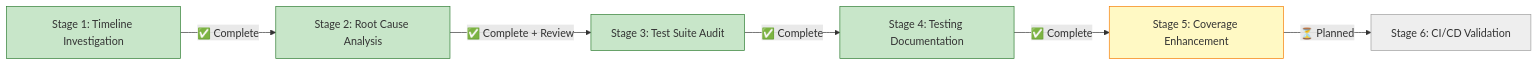
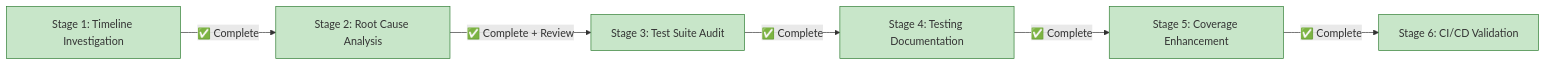
Before and after one commit to info-tech-io/hugo-templates: the diagram in docs/proposals/26-fix-failing-bats-unit-tests/progress.md, drawn with Mermaid. The commit also changed other lines of this file and 1 other file, not shown here.

First line of the commit message:
docs(issue-26): complete Stage 6 - CI/CD Validation & QA

````diff
--- a/docs/proposals/26-fix-failing-bats-unit-tests/progress.md
+++ b/docs/proposals/26-fix-failing-bats-unit-tests/progress.md
@@ -5,22 +5,22 @@
 ```mermaid
 graph LR
     A[Stage 1: Timeline Investigation] -->|✅ Complete| B[Stage 2: Root Cause Analysis]
     B -->|✅ Complete + Review| C[Stage 3: Test Suite Audit]
     C -->|✅ Complete| D[Stage 4: Testing Documentation]
     D -->|✅ Complete| E[Stage 5: Coverage Enhancement]
-    E -->|⏳ Planned| F[Stage 6: CI/CD Validation]
+    E -->|✅ Complete| F[Stage 6: CI/CD Validation]
 
     style A fill:#c8e6c9,stroke:#2e7d32
     style B fill:#c8e6c9,stroke:#2e7d32
     style C fill:#c8e6c9,stroke:#2e7d32
     style D fill:#c8e6c9,stroke:#2e7d32
-    style E fill:#fff9c4,stroke:#f57c00
-    style F fill:#eeeeee,stroke:#9e9e9e
+    style E fill:#c8e6c9,stroke:#2e7d32
+    style F fill:#c8e6c9,stroke:#2e7d32
 
     click A "001-progress.md"
     click B "002-progress.md"
     click C "003-progress.md"
     click D "004-progress.md"
     click E "005-progress.md"
-    click F "06-cicd-validation.md"
+    click F "006-progress.md"
 ```
````
